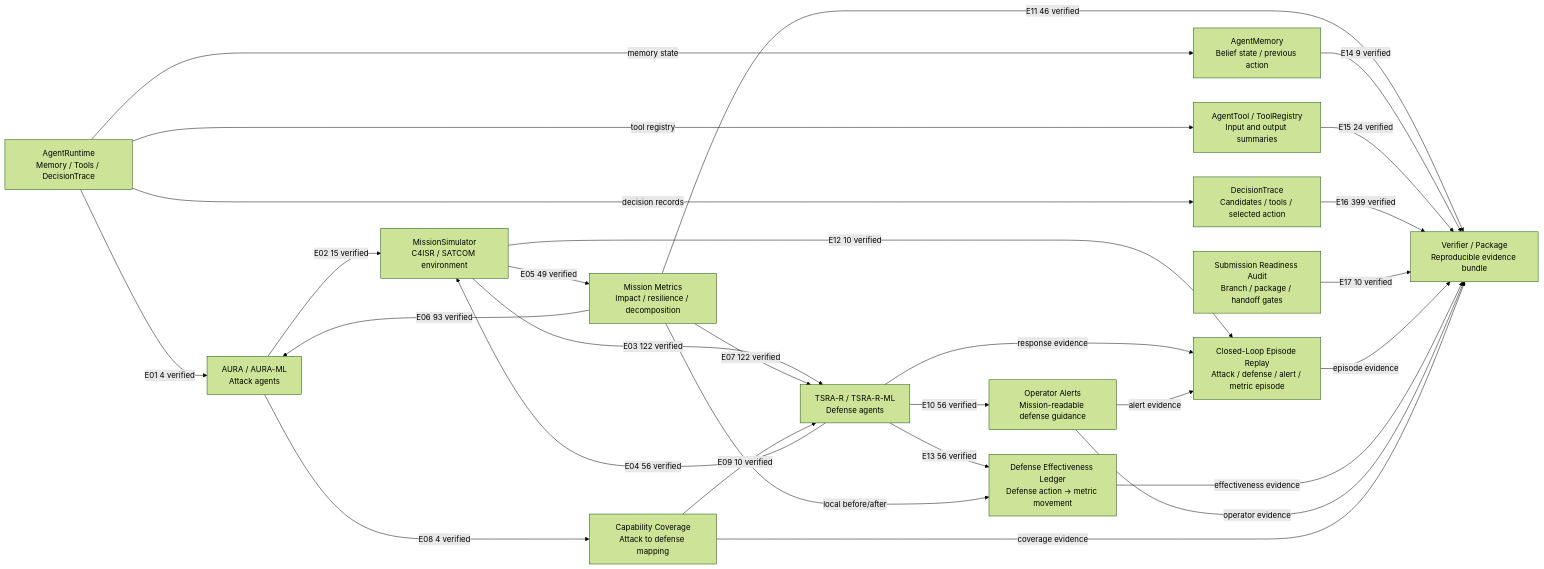
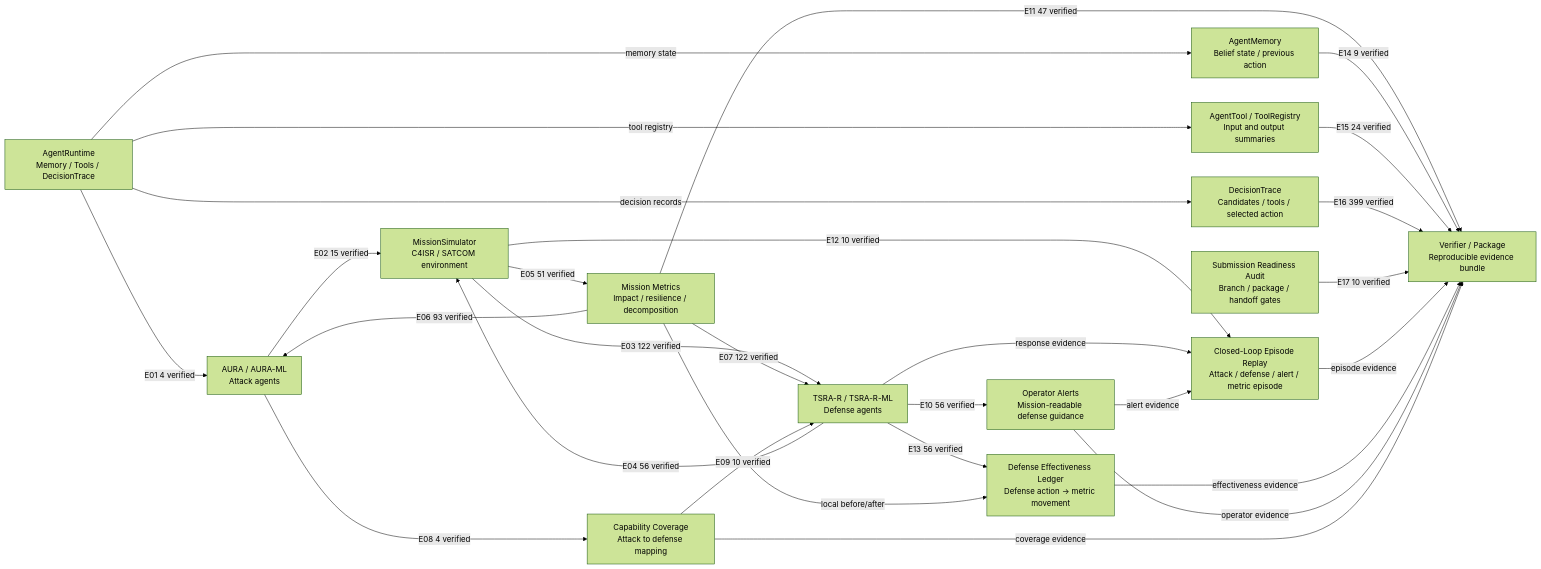
The diagram in outputs/report_tables/agent_collaboration_graph.mmd (Hbin77/LIG_DAH_AGI), drawn with Mermaid (forest theme) before and after one commit. The commit also changed 112 other files, not shown here.

```diff
--- a/outputs/report_tables/agent_collaboration_graph.mmd
+++ b/outputs/report_tables/agent_collaboration_graph.mmd
@@ -1,42 +1,42 @@
 flowchart LR
   Runtime[AgentRuntime\nMemory / Tools / DecisionTrace]
   Memory[AgentMemory\nBelief state / previous action]
   Tools[AgentTool / ToolRegistry\nInput and output summaries]
   Trace[DecisionTrace\nCandidates / tools / selected action]
   Aura[AURA / AURA-ML\nAttack agents]
   Sim[MissionSimulator\nC4ISR / SATCOM environment]
   Tsra[TSRA-R / TSRA-R-ML\nDefense agents]
   Metrics[Mission Metrics\nImpact / resilience / decomposition]
   Alerts[Operator Alerts\nMission-readable defense guidance]
   Ledger[Defense Effectiveness Ledger\nDefense action -> metric movement]
   Coverage[Capability Coverage\nAttack to defense mapping]
   Replay[Closed-Loop Episode Replay\nAttack / defense / alert / metric episode]
   Readiness[Submission Readiness Audit\nBranch / package / handoff gates]
   Verifier[Verifier / Package\nReproducible evidence bundle]
   Runtime -->|E01 4 verified| Aura
   Runtime -->|memory state| Memory
   Runtime -->|tool registry| Tools
   Runtime -->|decision records| Trace
   Aura -->|E02 15 verified| Sim
   Sim -->|E03 122 verified| Tsra
   Tsra -->|E04 56 verified| Sim
-  Sim -->|E05 49 verified| Metrics
+  Sim -->|E05 51 verified| Metrics
   Metrics -->|E06 93 verified| Aura
   Metrics -->|E07 122 verified| Tsra
   Aura -->|E08 4 verified| Coverage
   Coverage -->|E09 10 verified| Tsra
   Tsra -->|E10 56 verified| Alerts
-  Metrics -->|E11 46 verified| Verifier
+  Metrics -->|E11 47 verified| Verifier
   Sim -->|E12 10 verified| Replay
   Tsra -->|E13 56 verified| Ledger
   Metrics -->|local before/after| Ledger
   Memory -->|E14 9 verified| Verifier
   Tools -->|E15 24 verified| Verifier
   Trace -->|E16 399 verified| Verifier
   Readiness -->|E17 10 verified| Verifier
   Tsra -->|response evidence| Replay
   Alerts -->|alert evidence| Replay
   Replay -->|episode evidence| Verifier
   Ledger -->|effectiveness evidence| Verifier
   Alerts -->|operator evidence| Verifier
   Coverage -->|coverage evidence| Verifier
```
